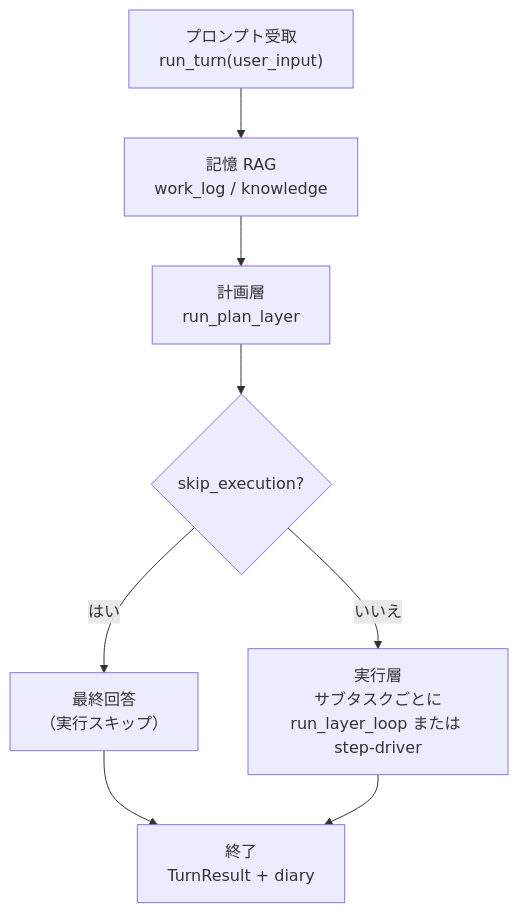
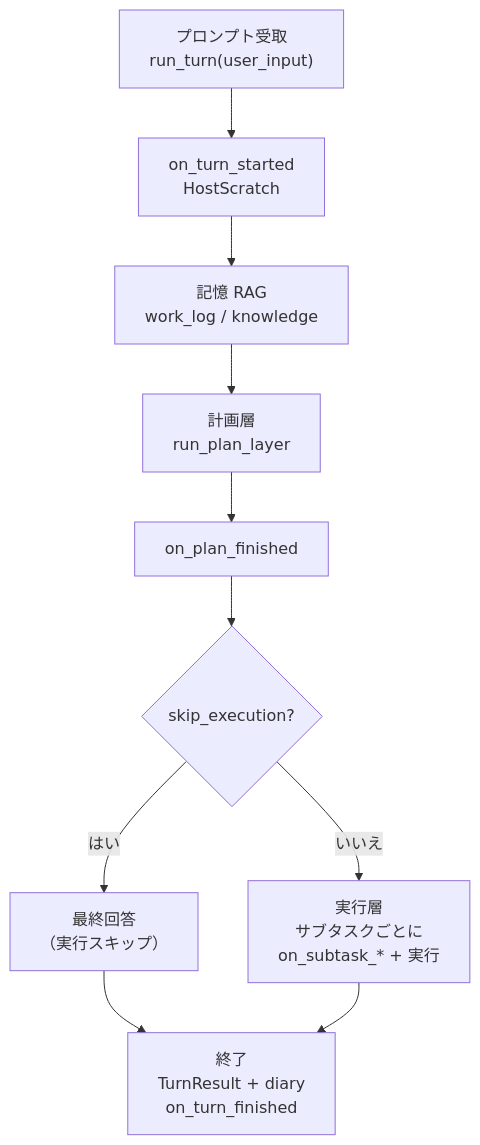
One commit to tax-mux/harness-seed changed the first of 5 diagrams in doc/architecture/00_harness-seedの構造.md. Above: the diagram before and after it, drawn with Mermaid. The commit also changed other lines of this file and 13 other files, not shown here.

First line of the commit message:
Make plan contracts host-owned and add lifecycle hooks with HostScratch.

````diff
--- a/doc/architecture/00_harness-seedの構造.md
+++ b/doc/architecture/00_harness-seedの構造.md
@@ -21,10 +23,12 @@
 ```mermaid
 flowchart TB
-    A["プロンプト受取<br/>run_turn(user_input)"] --> M["記憶 RAG<br/>work_log / knowledge"]
+    A["プロンプト受取<br/>run_turn(user_input)"] --> H0["on_turn_started<br/>HostScratch"]
+    H0 --> M["記憶 RAG<br/>work_log / knowledge"]
     M --> B["計画層<br/>run_plan_layer"]
-    B --> C{"skip_execution?"}
+    B --> H1["on_plan_finished"]
+    H1 --> C{"skip_execution?"}
     C -->|はい| D["最終回答<br/>（実行スキップ）"]
-    C -->|いいえ| E["実行層<br/>サブタスクごとに<br/>run_layer_loop または step-driver"]
-    D --> F["終了<br/>TurnResult + diary"]
+    C -->|いいえ| E["実行層<br/>サブタスクごとに<br/>on_subtask_* + 実行"]
+    D --> F["終了<br/>TurnResult + diary<br/>on_turn_finished"]
     E --> F
 ```
````
